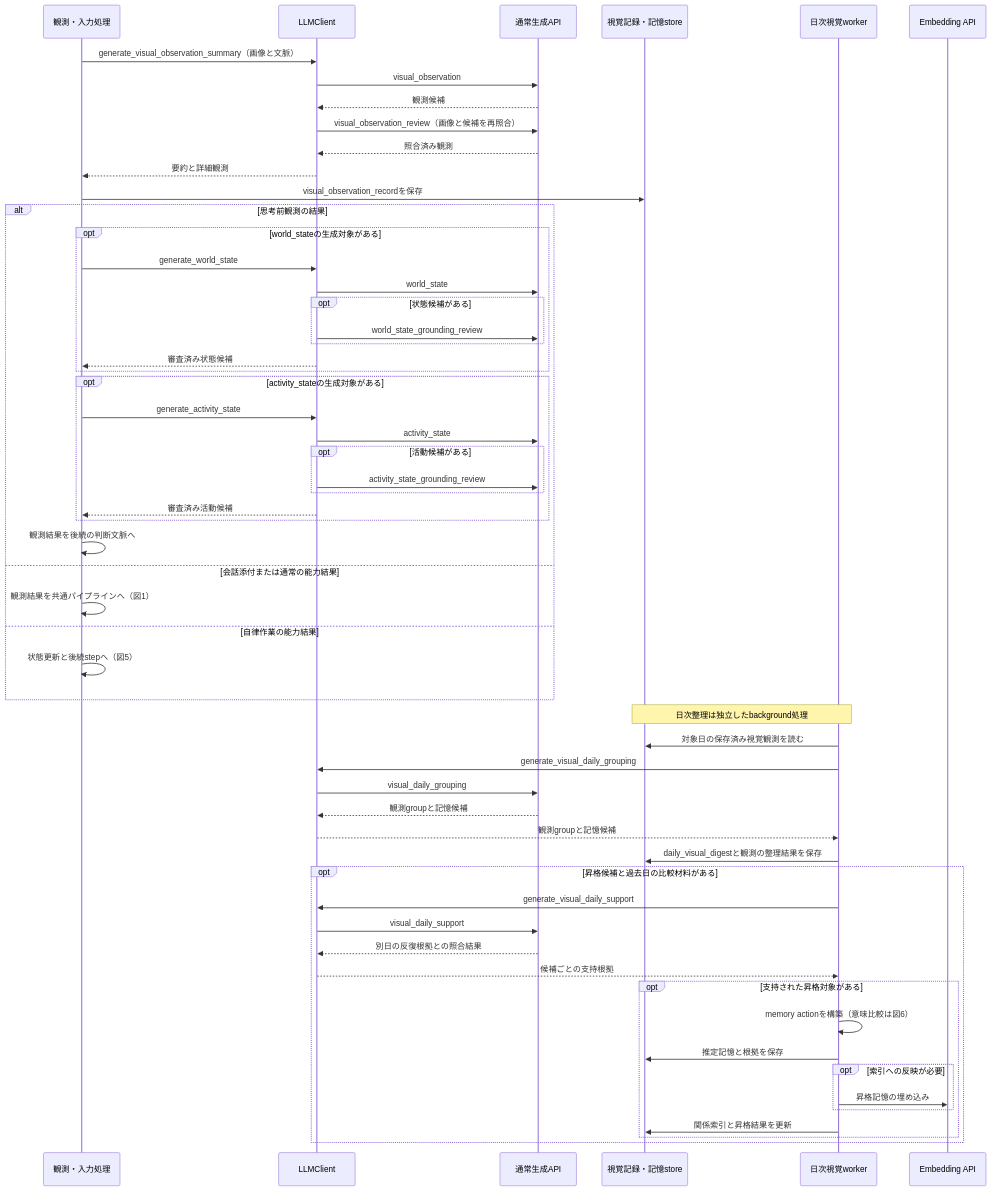
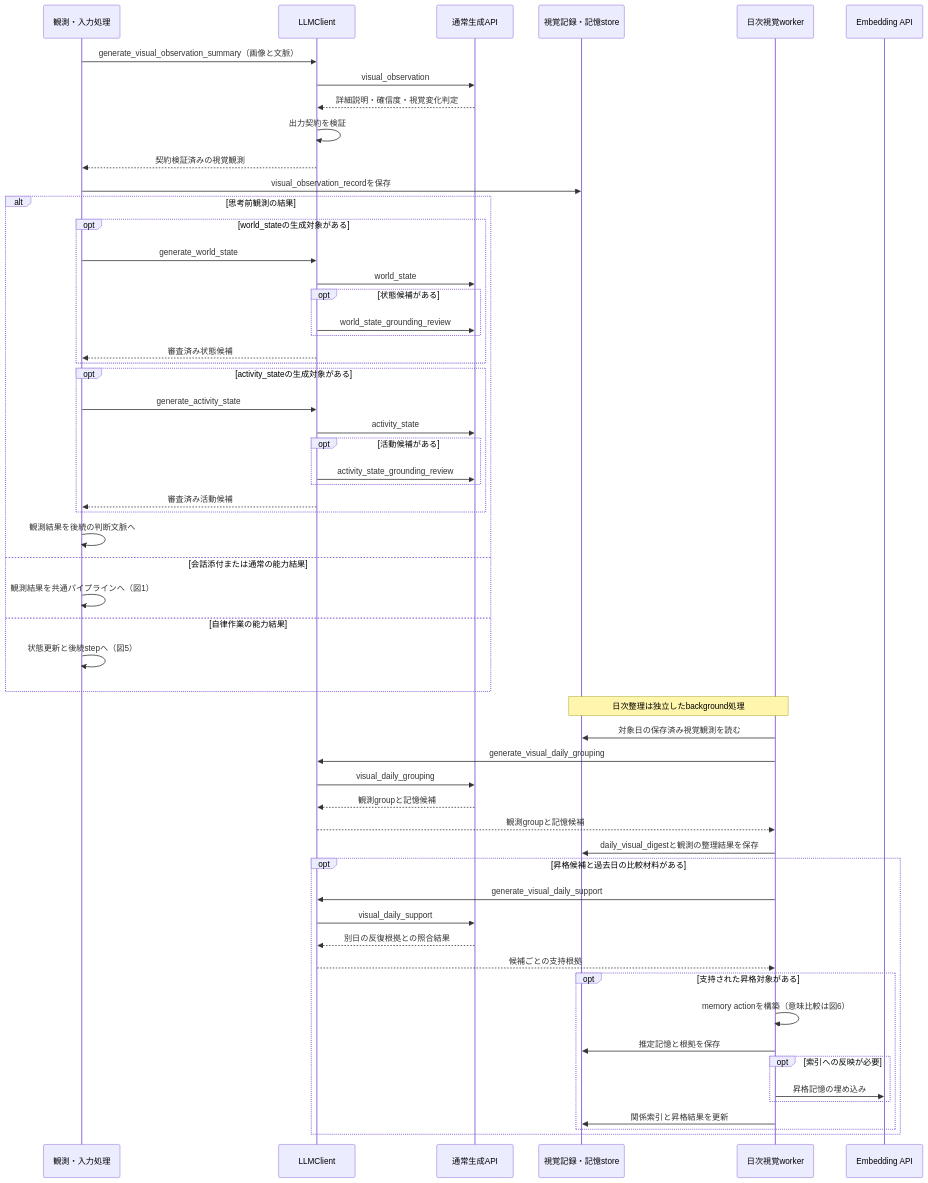
The seventh of 7 diagrams in docs/design/llm/LLM呼び出しシーケンス.md (hirona98/OtomeKairo), drawn with Mermaid before and after one commit. The commit also changed 8 other files, not shown here.

````diff
--- a/docs/design/llm/LLM呼び出しシーケンス.md
+++ b/docs/design/llm/LLM呼び出しシーケンス.md
@@ -451,61 +451,60 @@
 ```mermaid
 sequenceDiagram
     participant C as 観測・入力処理
     participant L as LLMClient
     participant G as 通常生成API
     participant S as 視覚記録・記憶store
     participant W as 日次視覚worker
     participant E as Embedding API
 
     C->>L: generate_visual_observation_summary（画像と文脈）
     L->>G: visual_observation
-    G-->>L: 観測候補
-    L->>G: visual_observation_review（画像と候補を再照合）
-    G-->>L: 照合済み観測
-    L-->>C: 要約と詳細観測
+    G-->>L: 詳細説明・確信度・視覚変化判定
+    L->>L: 出力契約を検証
+    L-->>C: 契約検証済みの視覚観測
     C->>S: visual_observation_recordを保存
     alt 思考前観測の結果
         opt world_stateの生成対象がある
             C->>L: generate_world_state
             L->>G: world_state
             opt 状態候補がある
                 L->>G: world_state_grounding_review
             end
             L-->>C: 審査済み状態候補
         end
         opt activity_stateの生成対象がある
             C->>L: generate_activity_state
             L->>G: activity_state
             opt 活動候補がある
                 L->>G: activity_state_grounding_review
             end
             L-->>C: 審査済み活動候補
         end
         C->>C: 観測結果を後続の判断文脈へ
     else 会話添付または通常の能力結果
         C->>C: 観測結果を共通パイプラインへ（図1）
     else 自律作業の能力結果
         C->>C: 状態更新と後続stepへ（図5）
     end
     Note over S,W: 日次整理は独立したbackground処理
     W->>S: 対象日の保存済み視覚観測を読む
     W->>L: generate_visual_daily_grouping
     L->>G: visual_daily_grouping
     G-->>L: 観測groupと記憶候補
     L-->>W: 観測groupと記憶候補
     W->>S: daily_visual_digestと観測の整理結果を保存
     opt 昇格候補と過去日の比較材料がある
         W->>L: generate_visual_daily_support
         L->>G: visual_daily_support
         G-->>L: 別日の反復根拠との照合結果
         L-->>W: 候補ごとの支持根拠
         opt 支持された昇格対象がある
             W->>W: memory actionを構築（意味比較は図6）
             W->>S: 推定記憶と根拠を保存
             opt 索引への反映が必要
                 W->>E: 昇格記憶の埋め込み
             end
             W->>S: 関係索引と昇格結果を更新
         end
     end
 ```
````
